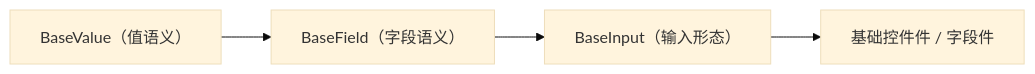
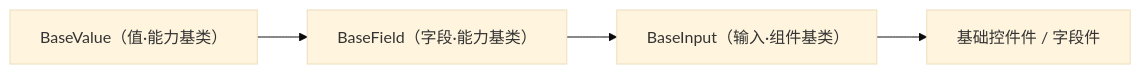
One commit to minjian123/basic-management-system changed the second of 2 diagrams in bms文档/前端基类清单.md. Above: the diagram before and after it, drawn with Mermaid (base theme). The commit also changed other lines of this file and 108 other files, not shown here.

````diff
--- a/bms文档/前端基类清单.md
+++ b/bms文档/前端基类清单.md
@@ -553,4 +509,4 @@
 ```mermaid
 flowchart LR
-    A["BaseValue（值语义）"] --> B["BaseField（字段语义）"] --> C["BaseInput（输入形态）"] --> D["基础控件件 / 字段件"]
+    A["BaseValue（值·能力基类）"] --> B["BaseField（字段·能力基类）"] --> C["BaseInput（输入·组件基类）"] --> D["基础控件件 / 字段件"]
 ```
````
